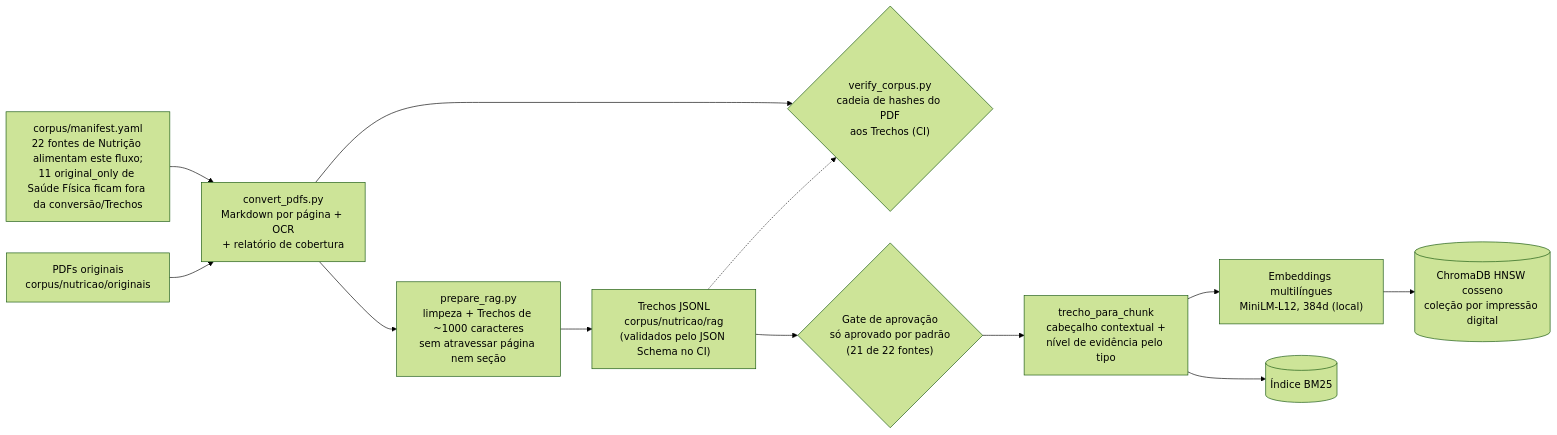
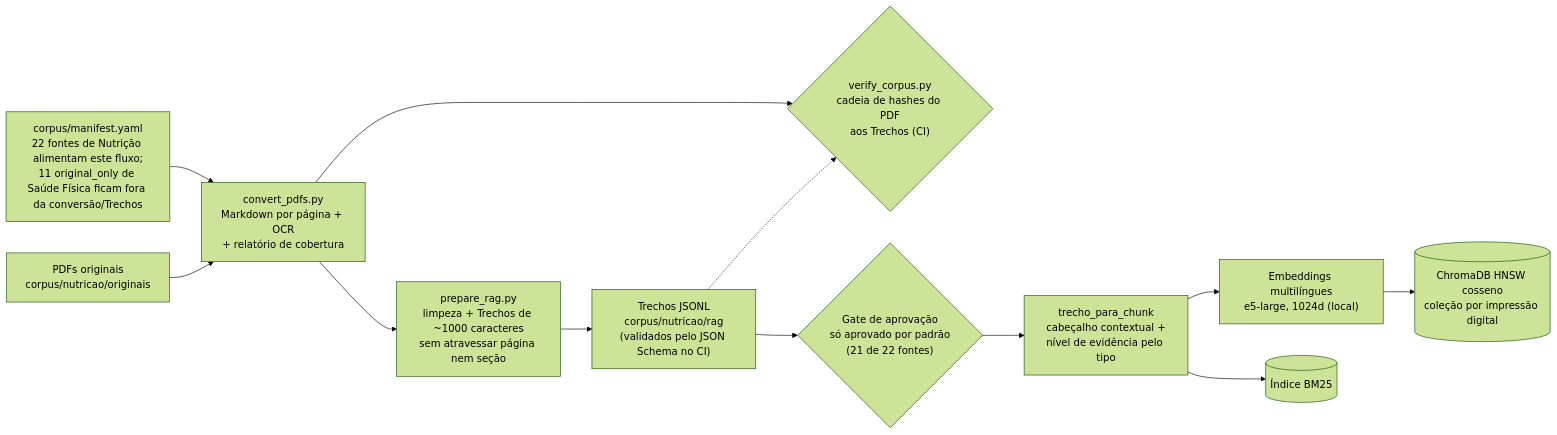
The first of 2 diagrams in docs/entrega-rag-nutricao.md (Cultiva-Challenge-2-Residencia-IA/CultivaProjetoFase1), drawn with Mermaid (forest theme) before and after one commit. The commit also changed other lines of this file and 8 other files, not shown here.

````diff
--- a/docs/entrega-rag-nutricao.md
+++ b/docs/entrega-rag-nutricao.md
@@ -75,14 +75,14 @@
 ```mermaid
 flowchart LR
     M["corpus/manifest.yaml<br/>22 fontes de Nutrição alimentam este fluxo;<br/>11 original_only de Saúde Física ficam fora da conversão/Trechos"] --> C
     P["PDFs originais<br/>corpus/nutricao/originais"] --> C["convert_pdfs.py<br/>Markdown por página + OCR<br/>+ relatório de cobertura"]
     C --> V{"verify_corpus.py<br/>cadeia de hashes do PDF<br/>aos Trechos (CI)"}
     C --> R["prepare_rag.py<br/>limpeza + Trechos de ~1000 caracteres<br/>sem atravessar página nem seção"]
     R --> J["Trechos JSONL<br/>corpus/nutricao/rag<br/>(validados pelo JSON Schema no CI)"]
     J -.-> V
     J --> G{"Gate de aprovação<br/>só aprovado por padrão<br/>(21 de 22 fontes)"}
     G --> T["trecho_para_chunk<br/>cabeçalho contextual +<br/>nível de evidência pelo tipo"]
-    T --> E["Embeddings multilíngues<br/>MiniLM-L12, 384d (local)"]
+    T --> E["Embeddings multilíngues<br/>e5-large, 1024d (local)"]
     E --> DB[("ChromaDB HNSW cosseno<br/>coleção por impressão digital")]
     T --> B[("Índice BM25")]
 ```
````
